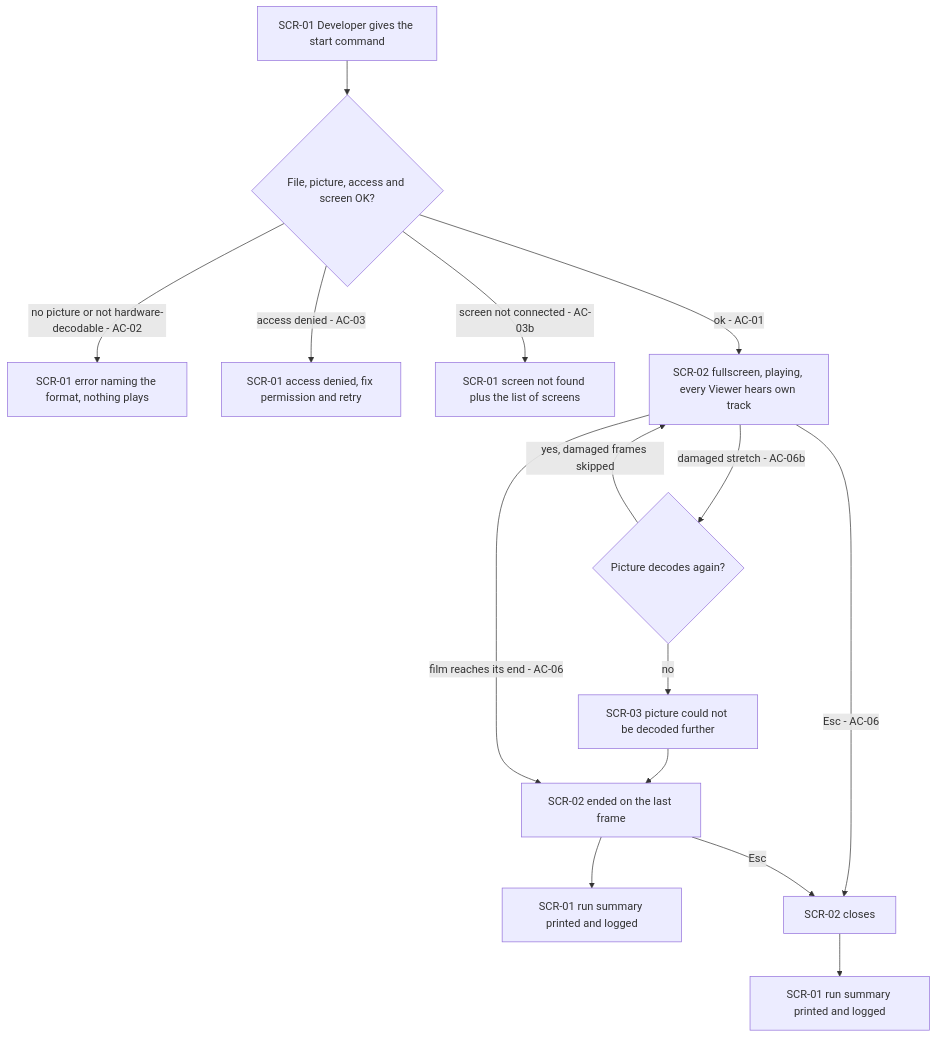
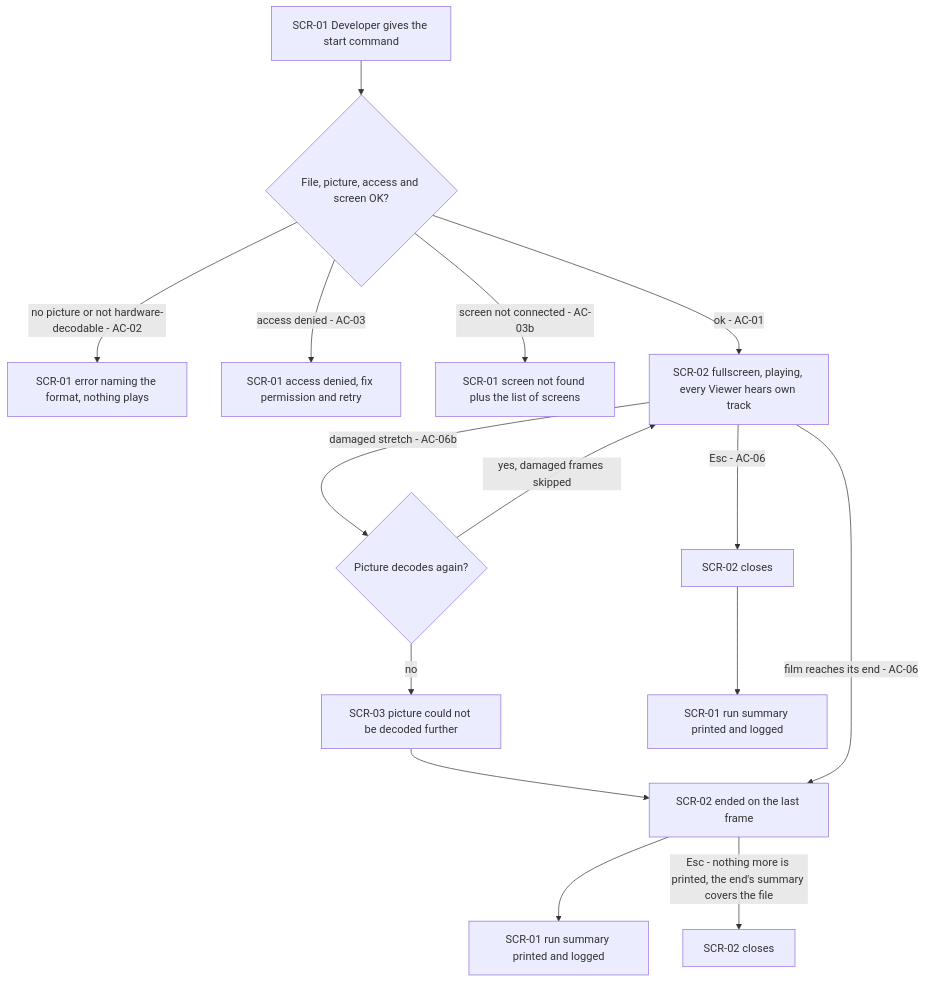
The first of 5 diagrams in docs/features/lip-synced-video/ux-flows.md (PulsarV/DualPlayer), drawn with Mermaid before and after one commit. The commit also changed other lines of this file and 9 other files, not shown here.

First line of the commit message:
implement: lip-synced-video T95 Bring AC-06, screens, ux-flows, test-plan, sad, cli.md and the tracker in step with the code

````diff
--- a/docs/features/lip-synced-video/ux-flows.md
+++ b/docs/features/lip-synced-video/ux-flows.md
@@ -40,17 +40,17 @@
 ```mermaid
 flowchart TD
     A["SCR-01 Developer gives the start command"] --> B{"File, picture, access and screen OK?"}
     B -->|"no picture or not hardware-decodable - AC-02"| E1["SCR-01 error naming the format, nothing plays"]
     B -->|"access denied - AC-03"| E2["SCR-01 access denied, fix permission and retry"]
     B -->|"screen not connected - AC-03b"| E3["SCR-01 screen not found plus the list of screens"]
     B -->|"ok - AC-01"| P["SCR-02 fullscreen, playing, every Viewer hears own track"]
     P -->|"damaged stretch - AC-06b"| D{"Picture decodes again?"}
     D -->|"yes, damaged frames skipped"| P
     D -->|"no"| N1["SCR-03 picture could not be decoded further"]
     N1 --> END["SCR-02 ended on the last frame"]
     P -->|"film reaches its end - AC-06"| END
     END --> RS["SCR-01 run summary printed and logged"]
     P -->|"Esc - AC-06"| X["SCR-02 closes"]
-    END -->|"Esc"| X
+    END -->|"Esc - nothing more is printed, the end's summary covers the file"| XE["SCR-02 closes"]
     X --> RS2["SCR-01 run summary printed and logged"]
 ```
````
